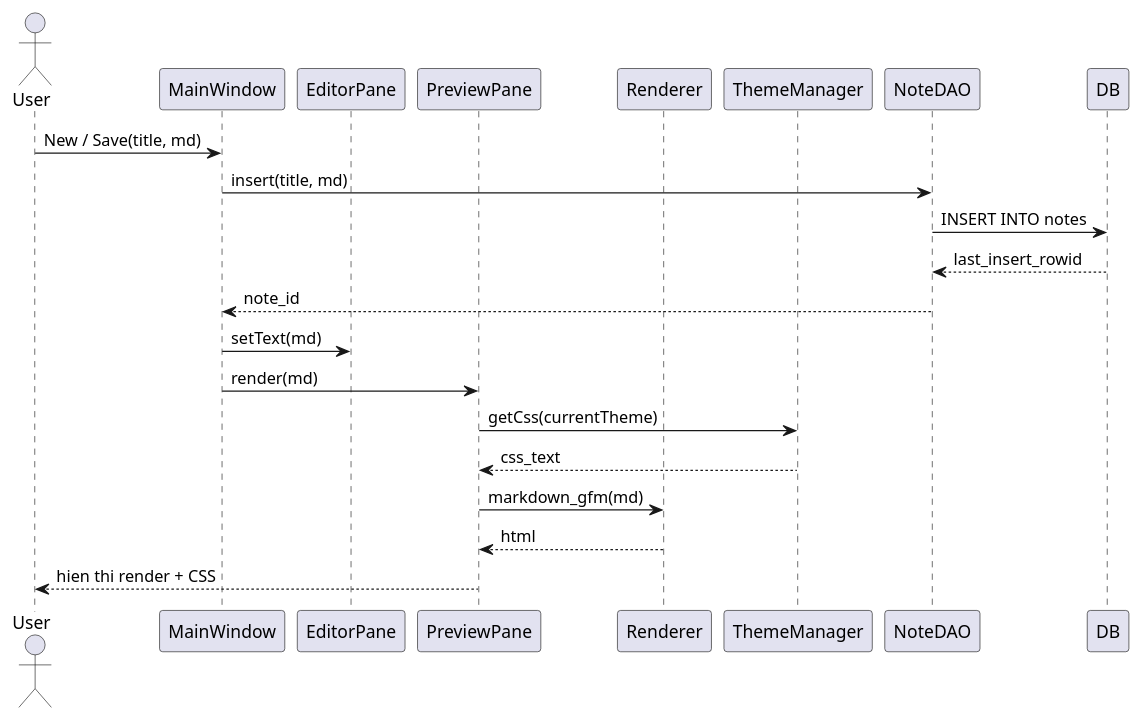
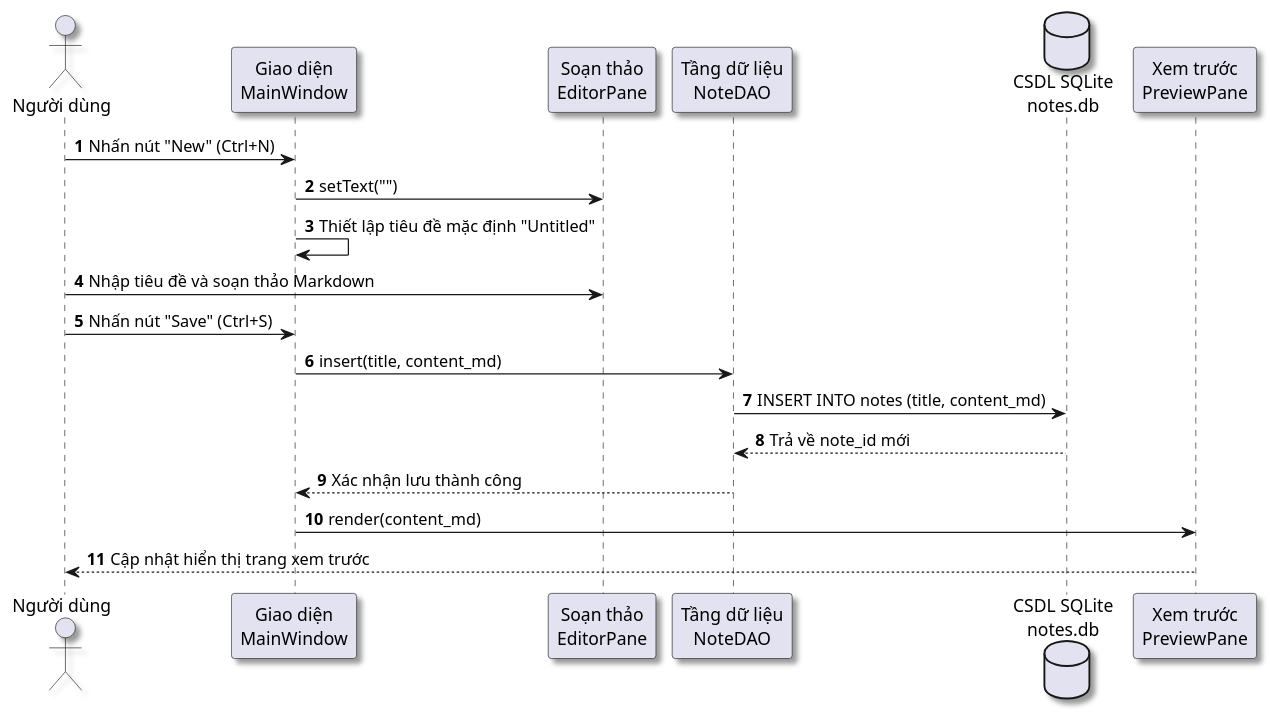
One commit to dotlinux26/marknote changed the diagram in docs/diagrams/seq_tao_note.puml. Above: the diagram before and after it, drawn with PlantUML. The commit also changed 28 other files, not shown here.

Commit message:
docs: complete PlantUML diagrams and comprehensive academic report matching HaUI standard

```diff
--- a/docs/diagrams/seq_tao_note.puml
+++ b/docs/diagrams/seq_tao_note.puml
@@ -1,23 +1,25 @@
 @startuml
-actor User
-participant MainWindow
-participant EditorPane
-participant PreviewPane
-participant Renderer
-participant ThemeManager
-participant NoteDAO
-participant DB
+skinparam defaultFontName "Segoe UI"
+skinparam shadowing true
 
-User -> MainWindow : New / Save(title, md)
-MainWindow -> NoteDAO : insert(title, md)
-NoteDAO -> DB : INSERT INTO notes
-DB --> NoteDAO : last_insert_rowid
-NoteDAO --> MainWindow : note_id
-MainWindow -> EditorPane : setText(md)
-MainWindow -> PreviewPane : render(md)
-PreviewPane -> ThemeManager : getCss(currentTheme)
-ThemeManager --> PreviewPane : css_text
-PreviewPane -> Renderer : markdown_gfm(md)
-Renderer --> PreviewPane : html
-PreviewPane --> User : hien thi render + CSS
+autonumber
+actor "Người dùng" as User
+participant "Giao diện\nMainWindow" as GUI
+participant "Soạn thảo\nEditorPane" as Editor
+participant "Tầng dữ liệu\nNoteDAO" as DAO
+database "CSDL SQLite\nnotes.db" as DB
+participant "Xem trước\nPreviewPane" as Preview
+
+User -> GUI : Nhấn nút "New" (Ctrl+N)
+GUI -> Editor : setText("")
+GUI -> GUI : Thiết lập tiêu đề mặc định "Untitled"
+User -> Editor : Nhập tiêu đề và soạn thảo Markdown
+User -> GUI : Nhấn nút "Save" (Ctrl+S)
+GUI -> DAO : insert(title, content_md)
+DAO -> DB : INSERT INTO notes (title, content_md)
+DB --> DAO : Trả về note_id mới
+DAO --> GUI : Xác nhận lưu thành công
+GUI -> Preview : render(content_md)
+Preview --> User : Cập nhật hiển thị trang xem trước
+
 @enduml
```
